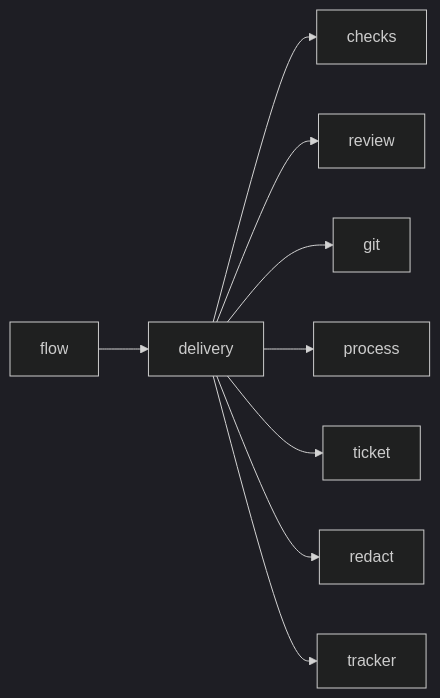
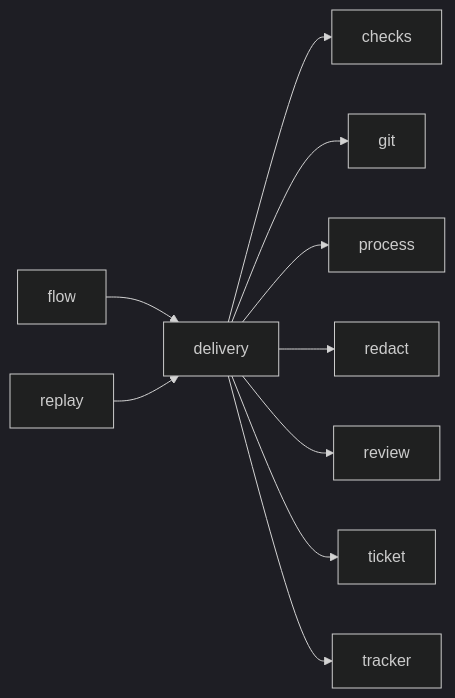
Before and after one commit to plaplanche/ariane: the diagram in docs/architecture/modules/delivery.md, drawn with Mermaid (dark theme). The commit also changed other lines of this file and 33 other files, not shown here.

Commit message:
#120: Generate the module dependency graphs of the architecture docs from the code (C25)

````diff
--- a/docs/architecture/modules/delivery.md
+++ b/docs/architecture/modules/delivery.md
@@ -15,11 +16,12 @@
 ```mermaid
 flowchart LR
   delivery --> checks
-  delivery --> review
   delivery --> git
   delivery --> process
+  delivery --> redact
+  delivery --> review
   delivery --> ticket
-  delivery --> redact
   delivery --> tracker
   flow --> delivery
+  replay --> delivery
 ```
````
